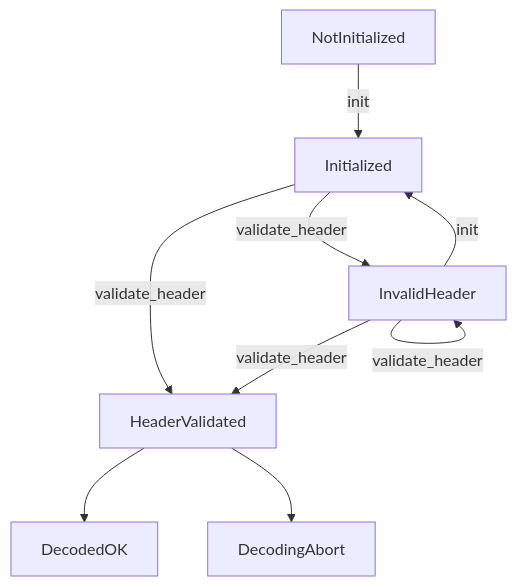
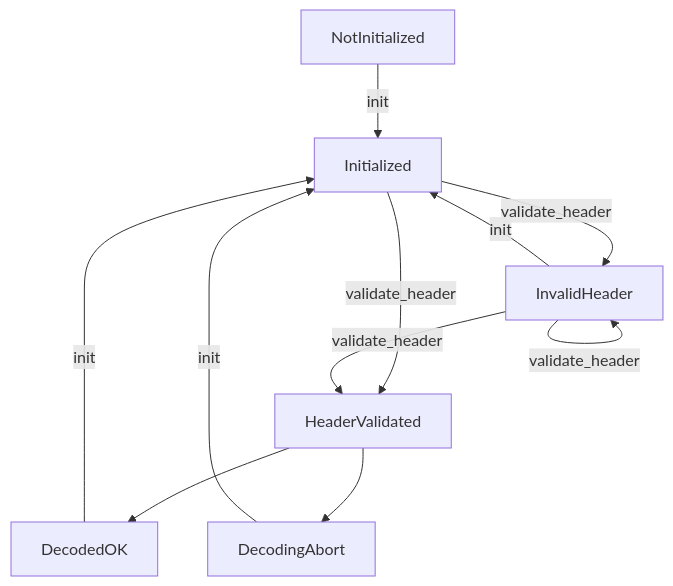
Before and after one commit to fluorohead/gia_tga: the first of 2 diagrams in readme.md, drawn with Mermaid. The commit also changed other lines of this file, not shown here.

````diff
--- a/readme.md
+++ b/readme.md
@@ -50,11 +50,13 @@
 ```mermaid
 graph TD;
 NotInitialized--init-->Initialized;
 Initialized--validate_header-->HeaderValidated;
 Initialized--validate_header-->InvalidHeader;
 InvalidHeader--validate_header-->HeaderValidated;
 InvalidHeader--validate_header-->InvalidHeader;
 InvalidHeader--init-->Initialized;
 HeaderValidated-->DecodedOK;
 HeaderValidated-->DecodingAbort;
+DecodedOK--init-->Initialized;
+DecodingAbort--init-->Initialized;
 ```
````
